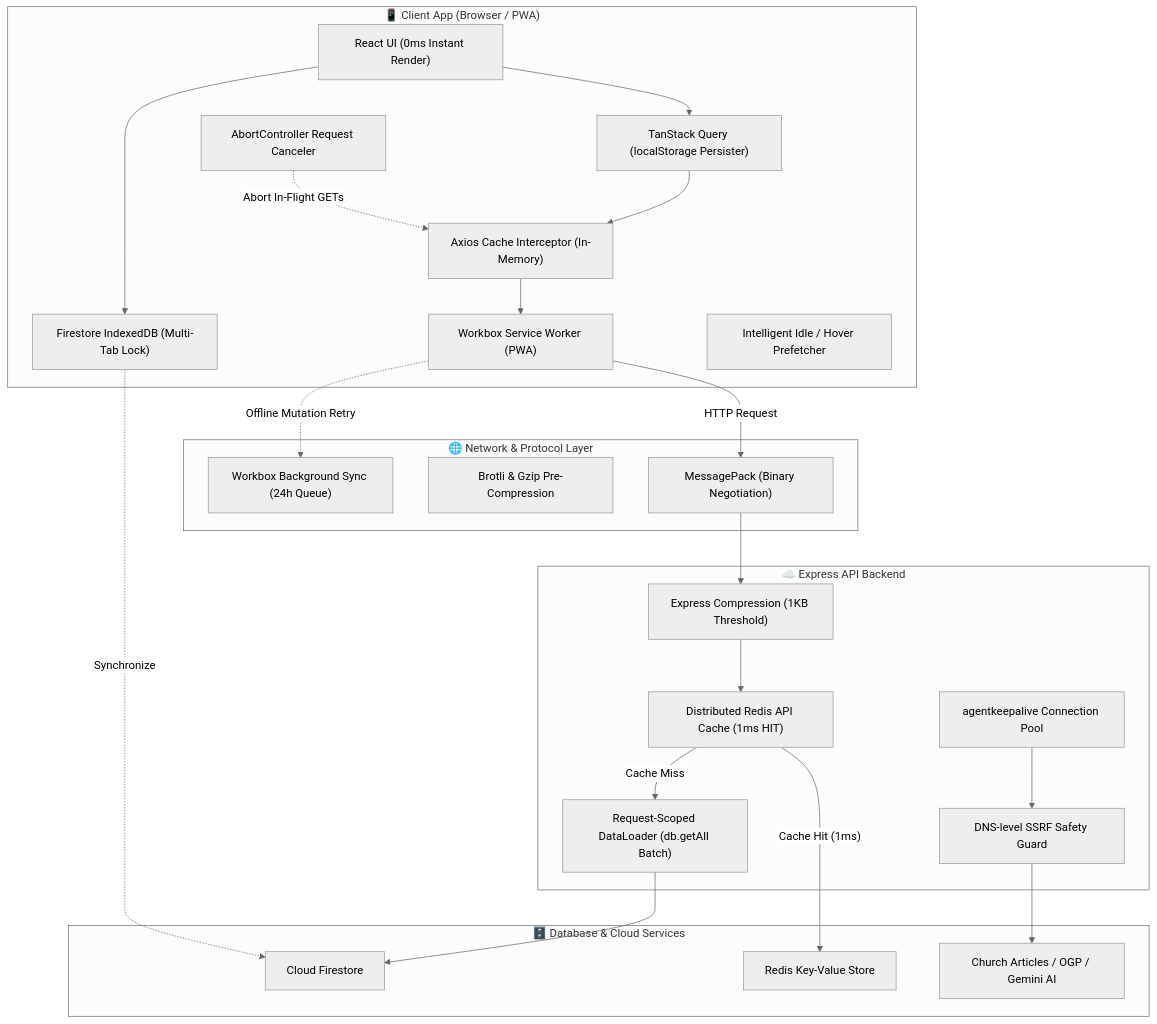
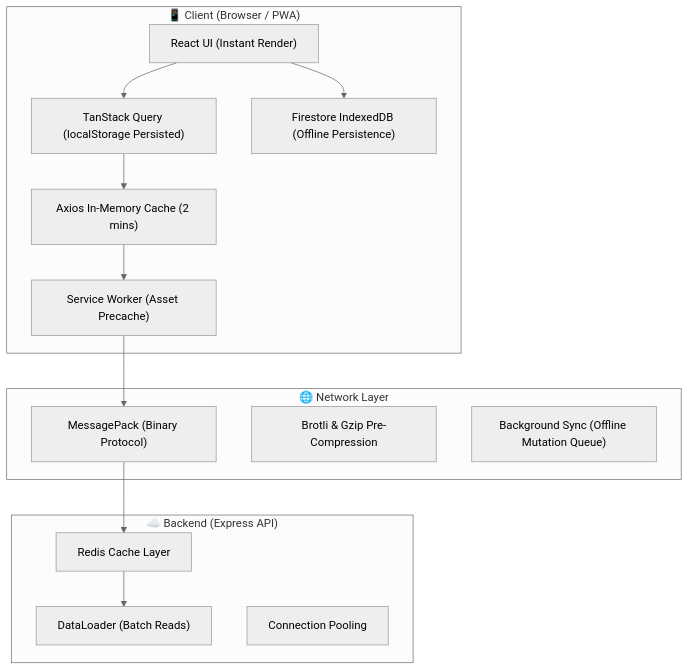
One commit to ScriptureHabit/scripture-habit changed the diagram in docs/network-performance-optimization.md. Above: the diagram before and after it, drawn with Mermaid (neutral theme). The commit also changed other lines of this file and 15 other files, not shown here.

Commit message:
docs: refine and simplify all Architecture Overview documentation in Japanese and English

````diff
--- a/docs/network-performance-optimization.md
+++ b/docs/network-performance-optimization.md
@@ -11,52 +11,30 @@
 ```mermaid
 flowchart TD
-    subgraph Client["📱 Client App (Browser / PWA)"]
-        UI["React UI (0ms Instant Render)"]
-        TQuery["TanStack Query (localStorage Persister)"]
-        AxiosCache["Axios Cache Interceptor (In-Memory)"]
-        SW["Workbox Service Worker (PWA)"]
-        IndexedDB["Firestore IndexedDB (Multi-Tab Lock)"]
-        Canceler["AbortController Request Canceler"]
-        Prefetcher["Intelligent Idle / Hover Prefetcher"]
+    subgraph Client["📱 Client (Browser / PWA)"]
+        UI["React UI (Instant Render)"]
+        TQuery["TanStack Query (localStorage Persisted)"]
+        AxiosCache["Axios In-Memory Cache (2 mins)"]
+        SW["Service Worker (Asset Precache)"]
+        IndexedDB["Firestore IndexedDB (Offline Persistence)"]
     end
 
-    subgraph Network["🌐 Network & Protocol Layer"]
-        MsgPack["MessagePack (Binary Negotiation)"]
-        BrotliGzip["Brotli & Gzip Pre-Compression"]
-        BgSync["Workbox Background Sync (24h Queue)"]
+    subgraph Network["🌐 Network Layer"]
+        MsgPack["MessagePack (Binary Protocol)"]
+        Brotli["Brotli & Gzip Pre-Compression"]
+        BgSync["Background Sync (Offline Mutation Queue)"]
     end
 
-    subgraph Server["☁️ Express API Backend"]
-        CompressionMiddleware["Express Compression (1KB Threshold)"]
-        RedisCache["Distributed Redis API Cache (1ms HIT)"]
-        DataLoader["Request-Scoped DataLoader (db.getAll Batch)"]
-        KeepAlive["agentkeepalive Connection Pool"]
-        SSRF["DNS-level SSRF Safety Guard"]
-    end
-
-    subgraph Storage["🗄️ Database & Cloud Services"]
-        RedisStore["Redis Key-Value Store"]
-        FirestoreDB["Cloud Firestore"]
-        ExternalAPIs["Church Articles / OGP / Gemini AI"]
+    subgraph Server["☁️ Backend (Express API)"]
+        RedisCache["Redis Cache Layer"]
+        DataLoader["DataLoader (Batch Reads)"]
+        KeepAlive["Connection Pooling"]
     end
 
     UI --> TQuery
     TQuery --> AxiosCache
     AxiosCache --> SW
     UI --> IndexedDB
-    IndexedDB -. Synchronize .-> FirestoreDB
-
-    SW -->|HTTP Request| MsgPack
-    MsgPack --> CompressionMiddleware
-    CompressionMiddleware --> RedisCache
-
-    RedisCache -- Cache Hit (1ms) --> RedisStore
-    RedisCache -- Cache Miss --> DataLoader
-    DataLoader --> FirestoreDB
-
-    KeepAlive --> SSRF
-    SSRF --> ExternalAPIs
-
-    Canceler -. Abort In-Flight GETs .-> AxiosCache
-    SW -. Offline Mutation Retry .-> BgSync
+    SW --> MsgPack
+    MsgPack --> RedisCache
+    RedisCache --> DataLoader
 ```
````
